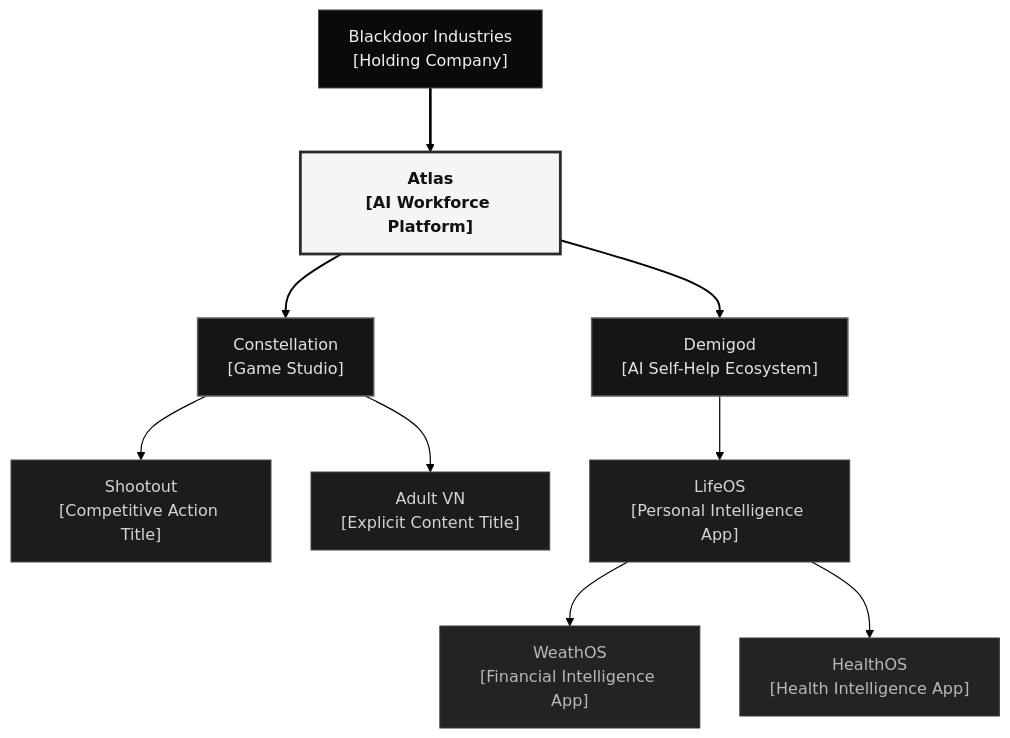
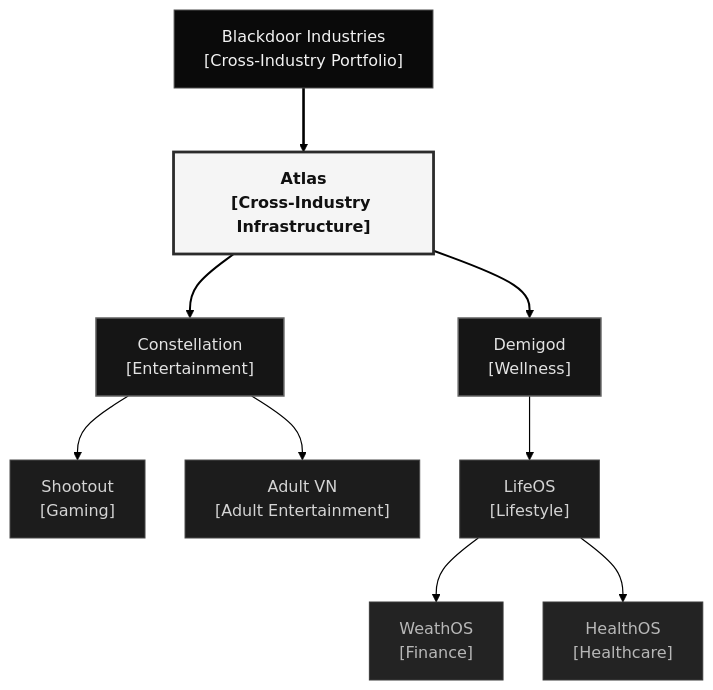
The first of 2 diagrams in profile/README.md (Blackdoor-Industries/.github), drawn with Mermaid before and after one commit.

Commit message:
Shift org diagram descriptors to industry verticals

````diff
--- a/profile/README.md
+++ b/profile/README.md
@@ -41,48 +41,48 @@
 ```mermaid
 %%{init: {
   "theme": "base",
   "flowchart": {
     "curve": "basis",
     "nodeSpacing": 40,
     "rankSpacing": 64
   },
   "themeVariables": {
     "fontFamily": "system-ui, -apple-system, Segoe UI, sans-serif",
     "lineColor": "#000000",
     "textColor": "#eaeaea",
     "primaryColor": "#181818",
     "primaryBorderColor": "#454545",
     "tertiaryColor": "#121212",
     "background": "#ffffff"
   }
 }}%%
 flowchart TB
-    BD["Blackdoor Industries<br/>[Holding Company]"]:::holding
-    ATLAS["Atlas<br/>[AI Workforce Platform]"]:::atlas
-    CONST["Constellation<br/>[Game Studio]"]:::subsidiary
-    DEMI["Demigod<br/>[AI Self-Help Ecosystem]"]:::subsidiary
-    SHOOT["Shootout<br/>[Competitive Action Title]"]:::product
-    VN["Adult VN<br/>[Explicit Content Title]"]:::product
-    LIFE["LifeOS<br/>[Personal Intelligence App]"]:::product
-    WEATH["WeathOS<br/>[Financial Intelligence App]"]:::module
-    HEALTH["HealthOS<br/>[Health Intelligence App]"]:::module
+    BD["Blackdoor Industries<br/>[Cross-Industry Portfolio]"]:::holding
+    ATLAS["Atlas<br/>[Cross-Industry Infrastructure]"]:::atlas
+    CONST["Constellation<br/>[Entertainment]"]:::subsidiary
+    DEMI["Demigod<br/>[Wellness]"]:::subsidiary
+    SHOOT["Shootout<br/>[Gaming]"]:::product
+    VN["Adult VN<br/>[Adult Entertainment]"]:::product
+    LIFE["LifeOS<br/>[Lifestyle]"]:::product
+    WEATH["WeathOS<br/>[Finance]"]:::module
+    HEALTH["HealthOS<br/>[Healthcare]"]:::module
 
     BD ==> ATLAS
     ATLAS ==> CONST
     ATLAS ==> DEMI
     CONST --> SHOOT
     CONST --> VN
     DEMI --> LIFE
     LIFE --> WEATH
     LIFE --> HEALTH
 
     classDef holding fill:#0a0a0a,stroke:#4f4f4f,stroke-width:1px,color:#f2f2f2
     classDef atlas fill:#f5f5f5,stroke:#2b2b2b,stroke-width:2.8px,color:#111,font-weight:700
     classDef subsidiary fill:#151515,stroke:#626262,stroke-width:1.5px,color:#e3e3e3
     classDef product fill:#1c1c1c,stroke:#4a4a4a,stroke-width:1px,color:#d4d4d4
     classDef module fill:#232323,stroke:#3b3b3b,stroke-width:1px,color:#b8b8b8
 
     linkStyle 0 stroke:#000000,stroke-width:2.6px
     linkStyle 1,2 stroke:#000000,stroke-width:2px
     linkStyle 3,4,5,6,7 stroke:#000000,stroke-width:1.2px
 ```
````
